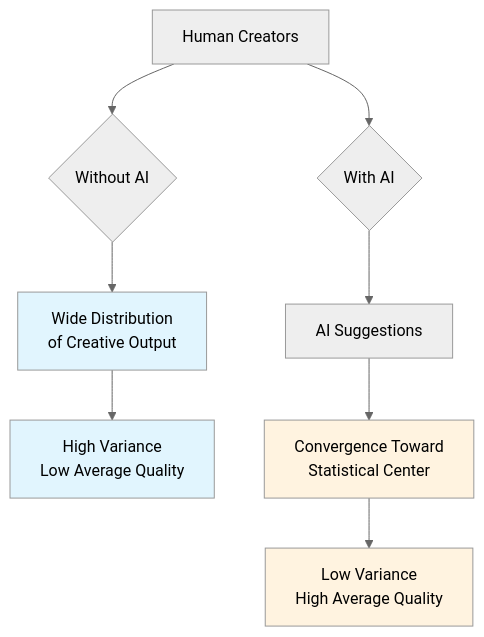
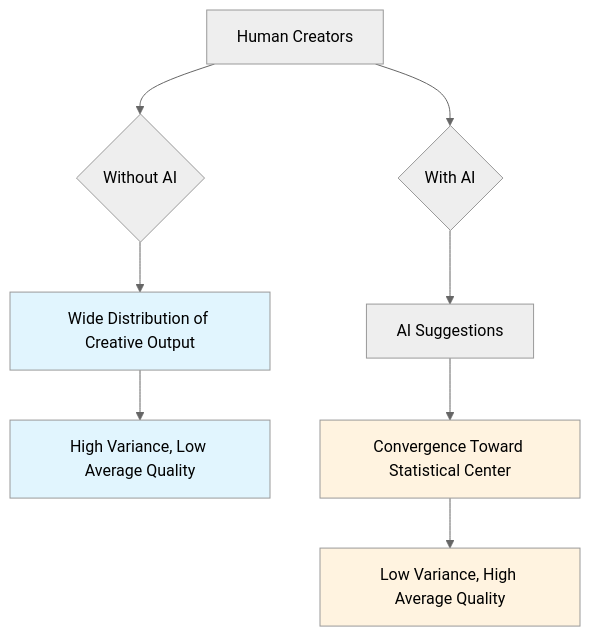
Before and after one commit to mikenguyen13/ai_in_action: the first of 4 diagrams in 1091-llm-economics-overview.qmd, drawn with Mermaid. The commit also changed other lines of this file and 52 other files, not shown here.

Commit message:
Fix Mermaid rendering in 22 chapters: remove ampersands and br tags from node labels, move detail to tables

````diff
--- a/1091-llm-economics-overview.qmd
+++ b/1091-llm-economics-overview.qmd
@@ -153,19 +153,19 @@
 ```{mermaid}
 %%| label: fig-creative-convergence-ai-assistance
 %%| fig-cap: "The Creative Convergence Effect of AI Assistance"
 %%{init: {'theme':'neutral'}}%%
 flowchart TD
-    A[Human Creators] --> B{Without AI}
-    B --> C[Wide Distribution<br/>of Creative Output]
-    C --> D[High Variance<br/>Low Average Quality]
-    
-    A --> E{With AI}
-    E --> F[AI Suggestions]
-    F --> G[Convergence Toward<br/>Statistical Center]
-    G --> H[Low Variance<br/>High Average Quality]
-    
+    A["Human Creators"] --> B{"Without AI"}
+    B --> C["Wide Distribution of Creative Output"]
+    C --> D["High Variance, Low Average Quality"]
+
+    A --> E{"With AI"}
+    E --> F["AI Suggestions"]
+    F --> G["Convergence Toward Statistical Center"]
+    G --> H["Low Variance, High Average Quality"]
+
     style C fill:#e1f5fe
     style D fill:#e1f5fe
     style G fill:#fff3e0
     style H fill:#fff3e0
 ```
````
